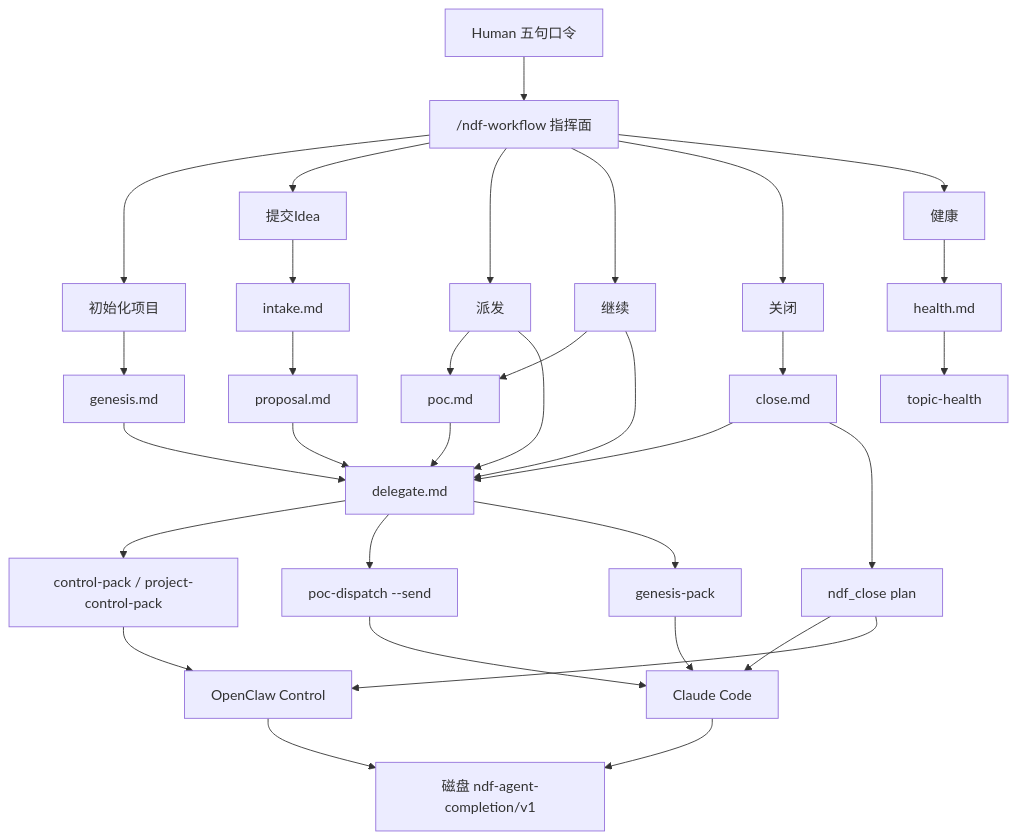
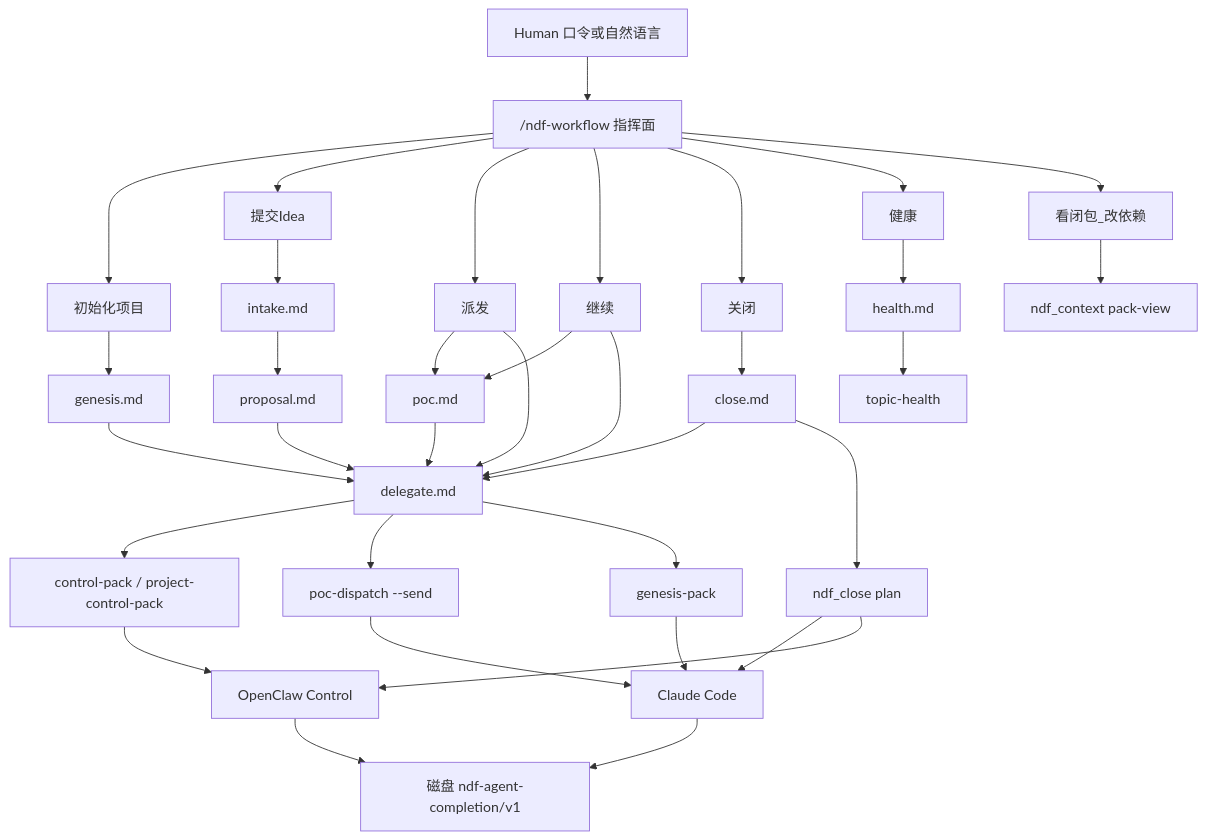
One commit to xuefenghao5121/NDF-Harness changed the first of 4 diagrams in skill/ndf-workflow/OVERVIEW.md. Above: the diagram before and after it, drawn with Mermaid. The commit also changed other lines of this file and 51 other files, not shown here.

First line of the commit message:
release: NDF Harness 1.3.0 META-023-026 pack-view and POC send gate

````diff
--- a/skill/ndf-workflow/OVERVIEW.md
+++ b/skill/ndf-workflow/OVERVIEW.md
@@ -29,40 +32,42 @@
 ```mermaid
 flowchart TB
-  Human[Human 五句口令] --> Skill["/ndf-workflow 指挥面"]
+  Human[Human 口令或自然语言] --> Skill["/ndf-workflow 指挥面"]
 
   Skill --> Init[初始化项目]
   Skill --> Idea[提交Idea]
   Skill --> Disp[派发]
   Skill --> Cont[继续]
   Skill --> Close[关闭]
   Skill --> Health[健康]
+  Skill --> PackView[看闭包_改依赖]
 
   Init --> Genesis[genesis.md]
   Idea --> Intake[intake.md]
   Intake --> Proposal[proposal.md]
   Disp --> Poc[poc.md]
   Cont --> Poc
   Disp --> Delegate[delegate.md]
   Cont --> Delegate
   Close --> CloseM[close.md]
   Health --> HealthM[health.md]
+  PackView --> CtxCLI[ndf_context pack-view]
   Genesis --> Delegate
   Proposal --> Delegate
   Poc --> Delegate
   CloseM --> Delegate
   CloseM --> CloseCLI[ndf_close plan]
   HealthM --> HealthCLI[topic-health]
 
   Delegate --> CtrlCLI[control-pack / project-control-pack]
   Delegate --> PocCLI[poc-dispatch --send]
   Delegate --> GenCLI[genesis-pack]
 
   CtrlCLI --> OpenClaw[OpenClaw Control]
   PocCLI --> Claude[Claude Code]
   GenCLI --> Claude
   CloseCLI --> Claude
   CloseCLI --> OpenClaw
 
   OpenClaw --> Disk[磁盘 ndf-agent-completion/v1]
   Claude --> Disk
 ```
````
